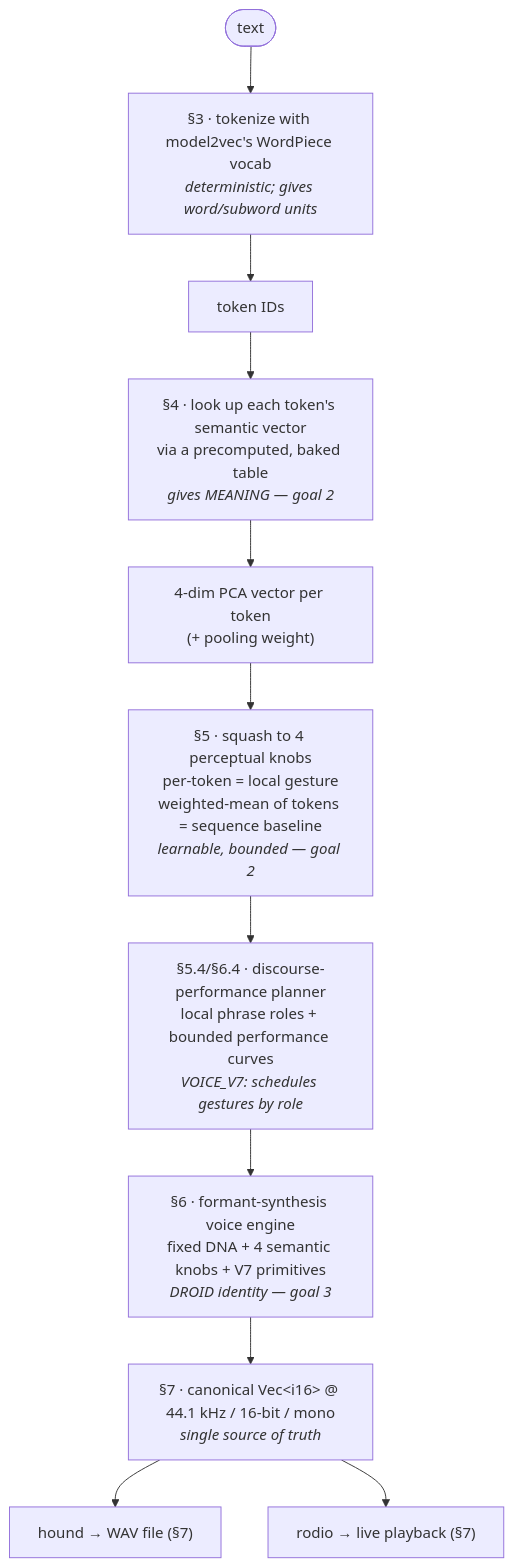
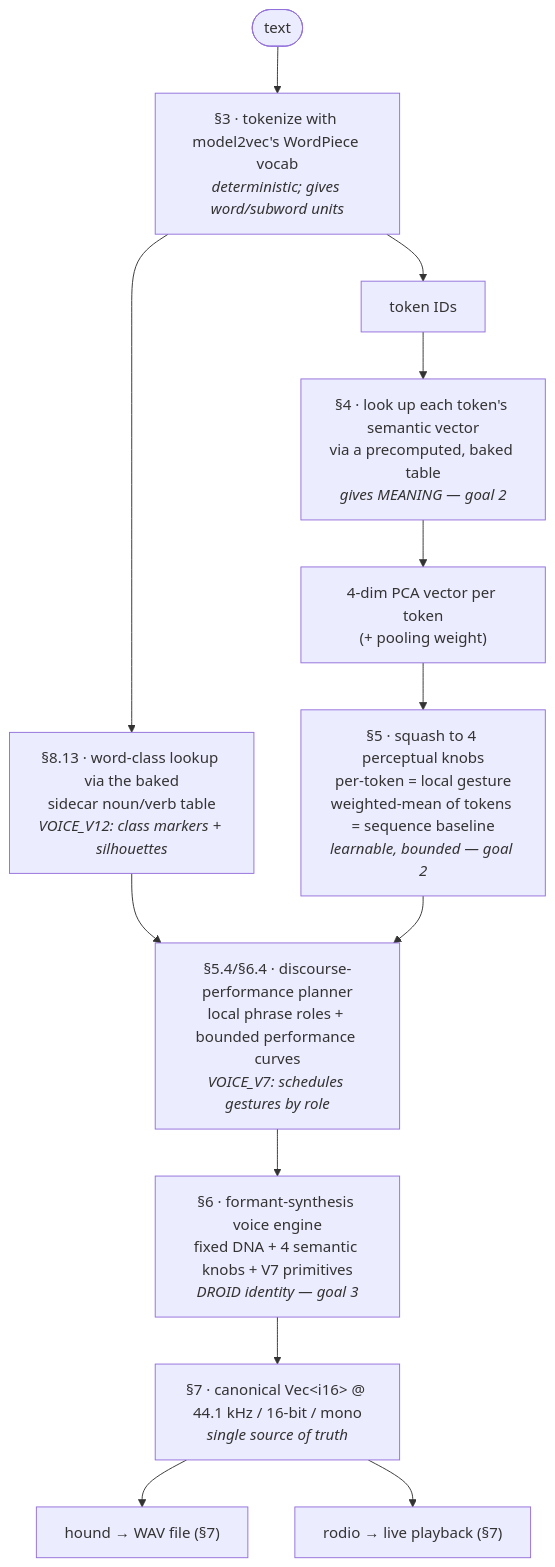
Before and after one commit to skeswa/dootdoot: the diagram in docs/design.md, drawn with Mermaid. The commit also changed other lines of this file and 52 other files, not shown here.

First line of the commit message:
VOICE_V12: noun/verb recognizability (Phase 22, T-115…T-127) (#10)

````diff
--- a/docs/design.md
+++ b/docs/design.md
@@ -51,14 +51,16 @@
 ```mermaid
 flowchart TD
     text([text])
     text --> tok["§3 · tokenize with model2vec's WordPiece vocab<br/><i>deterministic; gives word/subword units</i>"]
     tok --> ids["token IDs"]
     ids --> lookup["§4 · look up each token's semantic vector<br/>via a precomputed, baked table<br/><i>gives MEANING — goal 2</i>"]
     lookup --> pca["4-dim PCA vector per token<br/>(+ pooling weight)"]
     pca --> squash["§5 · squash to 4 perceptual knobs<br/>per-token = local gesture<br/>weighted-mean of tokens = sequence baseline<br/><i>learnable, bounded — goal 2</i>"]
+    tok --> classes["§8.13 · word-class lookup via the baked<br/>sidecar noun/verb table<br/><i>VOICE_V12: class markers + silhouettes</i>"]
+    classes --> plan
     squash --> plan["§5.4/§6.4 · discourse-performance planner<br/>local phrase roles + bounded performance curves<br/><i>VOICE_V7: schedules gestures by role</i>"]
     plan --> voice["§6 · formant-synthesis voice engine<br/>fixed DNA + 4 semantic knobs + V7 primitives<br/><i>DROID identity — goal 3</i>"]
     voice --> buf["§7 · canonical Vec&lt;i16&gt; @ 44.1 kHz / 16-bit / mono<br/><i>single source of truth</i>"]
     buf --> wav["hound → WAV file (§7)"]
     buf --> play["rodio → live playback (§7)"]
 ```
````
